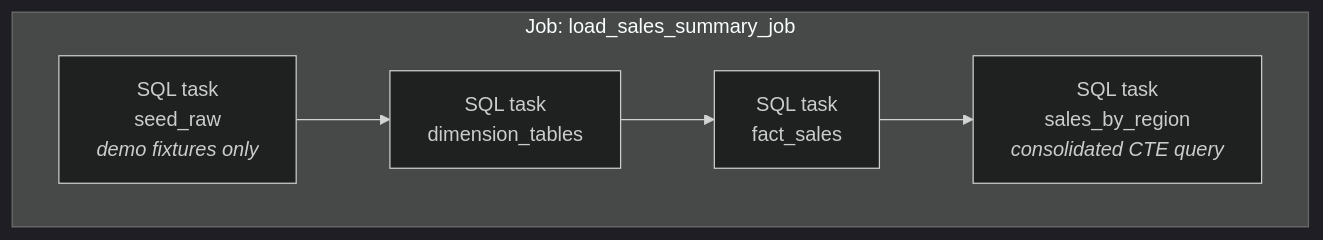
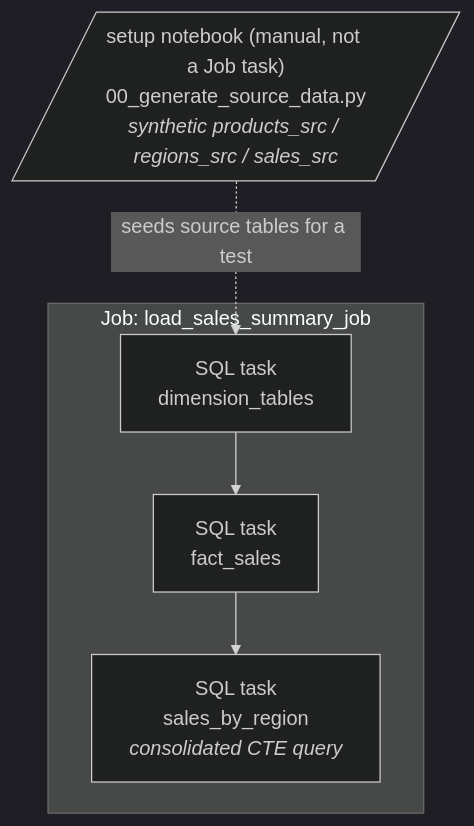
Before and after one commit to mwojtyczka/matillion-to-databricks: the second of 2 diagrams in examples/snowflake-source/README.md, drawn with Mermaid (dark theme). The commit also changed other lines of this file and 13 other files, not shown here.

````diff
--- a/examples/snowflake-source/README.md
+++ b/examples/snowflake-source/README.md
@@ -65,8 +74,9 @@
 ```mermaid
 flowchart TD
+    SD[/"setup notebook (manual, not a Job task)<br/>00_generate_source_data.py<br/><i>synthetic products_src / regions_src / sales_src</i>"/]
     subgraph job["Job: load_sales_summary_job"]
-        SR[SQL task<br/>seed_raw<br/><i>demo fixtures only</i>] --> DT[SQL task<br/>dimension_tables]
-        DT --> FS[SQL task<br/>fact_sales]
+        DT[SQL task<br/>dimension_tables] --> FS[SQL task<br/>fact_sales]
         FS --> SB[SQL task<br/>sales_by_region<br/><i>consolidated CTE query</i>]
     end
+    SD -.seeds source tables for a test.-> DT
 ```
````
